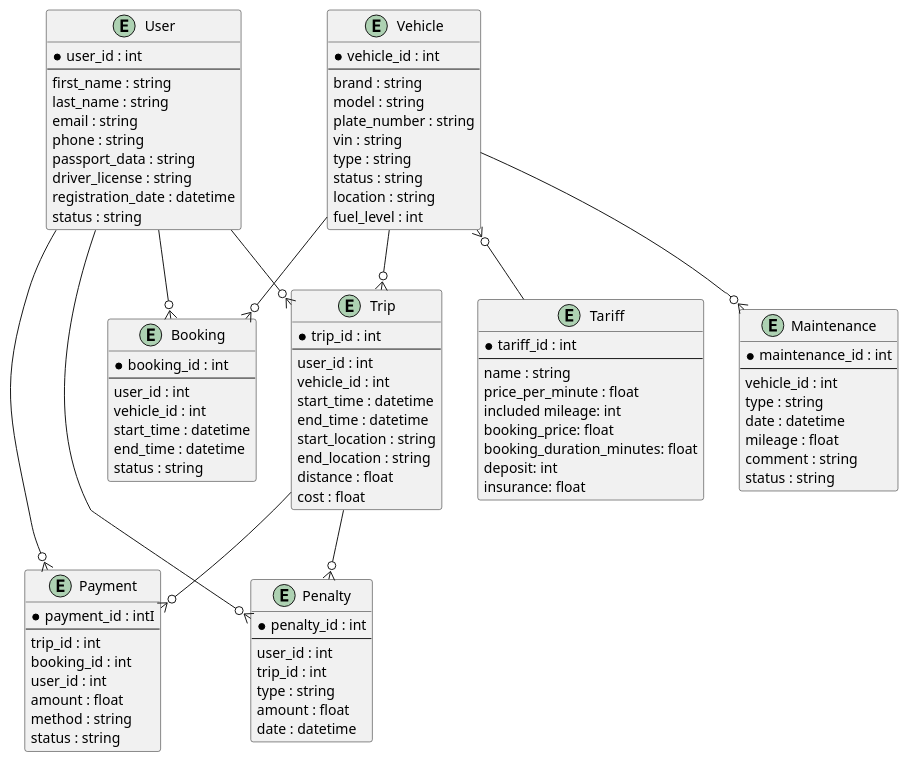
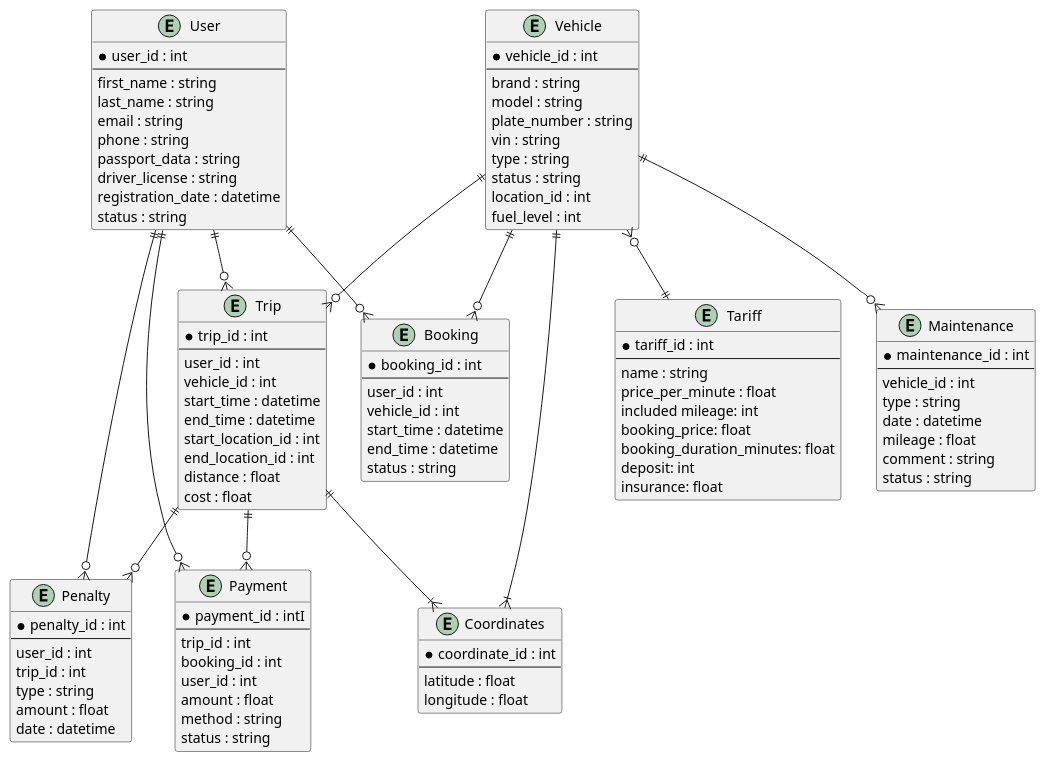
One commit to ReGeNss/car_sharing_service_api changed the diagram in er_diagram.pu. Above: the diagram before and after it, drawn with PlantUML. The commit also changed 1 other file, not shown here.

Commit message:
add coordinates entity

```diff
--- a/er_diagram.pu
+++ b/er_diagram.pu
@@ -1,109 +1,117 @@
 @startuml
 
 entity User {
     * user_id : int
     --
     first_name : string
     last_name : string
     email : string
     phone : string
     passport_data : string
     driver_license : string
     registration_date : datetime
     status : string
 }
 
 entity Vehicle {
     * vehicle_id : int
     --
     brand : string
     model : string
     plate_number : string
     vin : string
     type : string
     status : string
-    location : string
+    location_id : int
     fuel_level : int
 }
 
 entity Booking {
     * booking_id : int
     --
     user_id : int
     vehicle_id : int
     start_time : datetime
     end_time : datetime
     status : string
 }
 
 entity Trip {
     * trip_id : int
     --
     user_id : int
     vehicle_id : int
     start_time : datetime
     end_time : datetime
-    start_location : string
-    end_location : string
+    start_location_id : int
+    end_location_id : int
     distance : float
     cost : float
 }
 
 entity Payment {
     * payment_id : intІ
     --
     trip_id : int
     booking_id : int
     user_id : int
     amount : float
     method : string
     status : string
 }
 
 entity Tariff {
     * tariff_id : int
     --
     name : string
     price_per_minute : float
     included mileage: int
     booking_price: float
     booking_duration_minutes: float
     deposit: int
     insurance: float
 }
 
 entity Maintenance {
     * maintenance_id : int
     --
     vehicle_id : int
     type : string
     date : datetime
     mileage : float
     comment : string
     status : string
 }
 
 entity Penalty {
     * penalty_id : int
     --
     user_id : int
     trip_id : int
     type : string
     amount : float
     date : datetime
 }
 
-' Relationships
-User --o{ Booking
-User --o{ Trip
-User --o{ Payment
-User --o{ Penalty
+entity Coordinates {
+    * coordinate_id : int
+    --
+    latitude : float
+    longitude : float
+}
 
-Vehicle --o{ Booking
-Vehicle --o{ Trip
-Vehicle --o{ Maintenance
-Vehicle }o-- Tariff
+User ||--o{ Booking
+User ||--o{ Trip
+User ||--o{ Payment
+User ||--o{ Penalty
 
-Trip --o{ Payment
-Trip --o{ Penalty
+Vehicle ||--o{ Booking
+Vehicle ||--o{ Trip
+Vehicle ||--o{ Maintenance
+Vehicle }o--|| Tariff
+Vehicle ||--|{ Coordinates
+
+Trip ||--o{ Payment
+Trip ||--o{ Penalty
+Trip ||--|{ Coordinates
 @enduml
```
